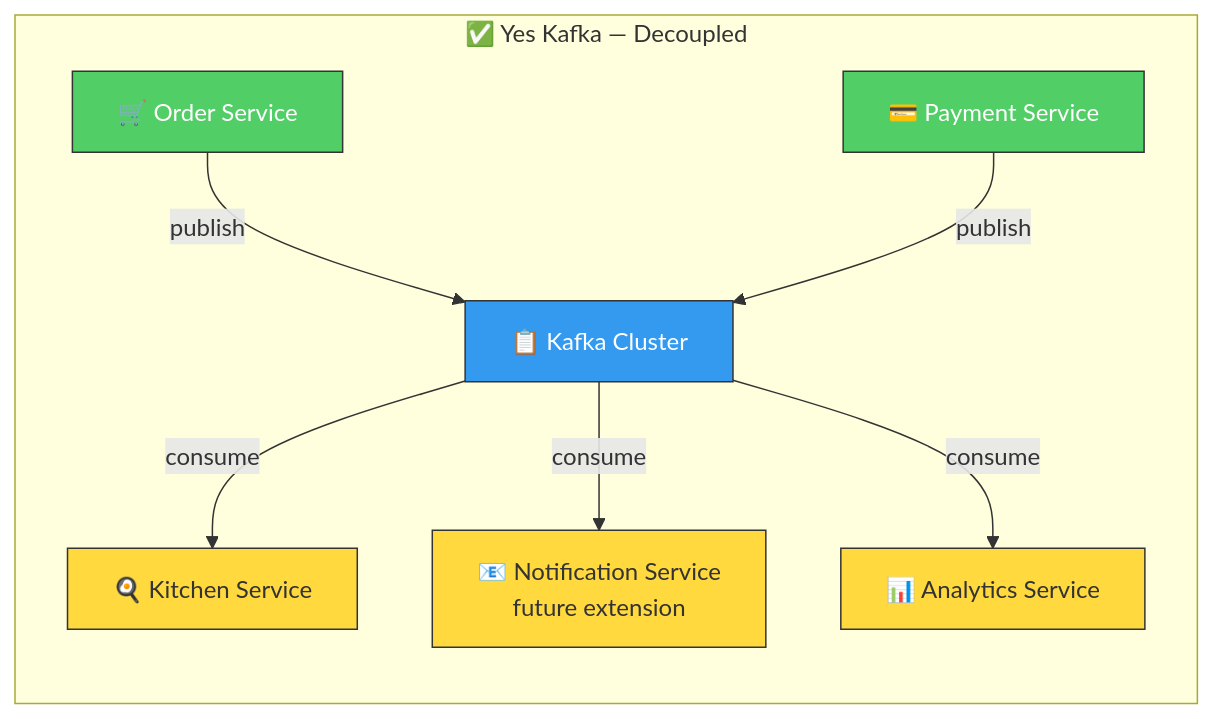
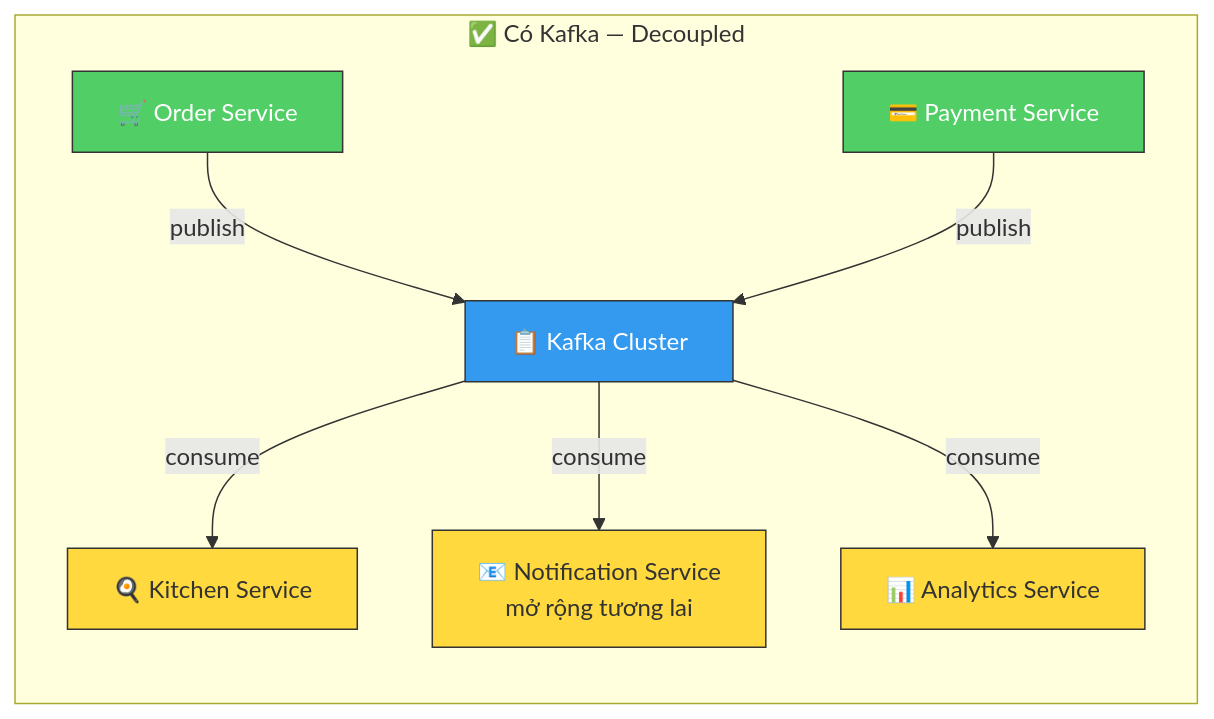
The second of 38 diagrams in docs/guides/kafka-qrtable.md (quan-vo-dinh/saas-pos-microservices-qrtable), drawn with Mermaid before and after one commit. The commit also changed other lines of this file and 62 other files, not shown here.

````diff
--- a/docs/guides/kafka-qrtable.md
+++ b/docs/guides/kafka-qrtable.md
@@ -80,24 +79,24 @@
 ```mermaid
 graph LR
-subgraph "✅ Yes Kafka — Decoupled"
+subgraph "✅ Có Kafka — Decoupled"
         OS2["🛒 Order Service"]
         PS2["💳 Payment Service"]
         K["📋 Kafka Cluster"]
         KS2["🍳 Kitchen Service"]
-        NS2["📧 Notification Service<br/>future extension"]
+        NS2["📧 Notification Service<br/>mở rộng tương lai"]
         AS2["📊 Analytics Service"]
 
         OS2 -->|"publish"| K
         PS2 -->|"publish"| K
         K -->|"consume"| KS2
         K -->|"consume"| NS2
         K -->|"consume"| AS2
     end
 
     style OS2 fill:#51cf66,stroke:#333,color:#fff
     style PS2 fill:#51cf66,stroke:#333,color:#fff
     style K fill:#339af0,stroke:#333,color:#fff
     style KS2 fill:#ffd93d,stroke:#333,color:#333
     style NS2 fill:#ffd93d,stroke:#333,color:#333
     style AS2 fill:#ffd93d,stroke:#333,color:#333
 ```
````
